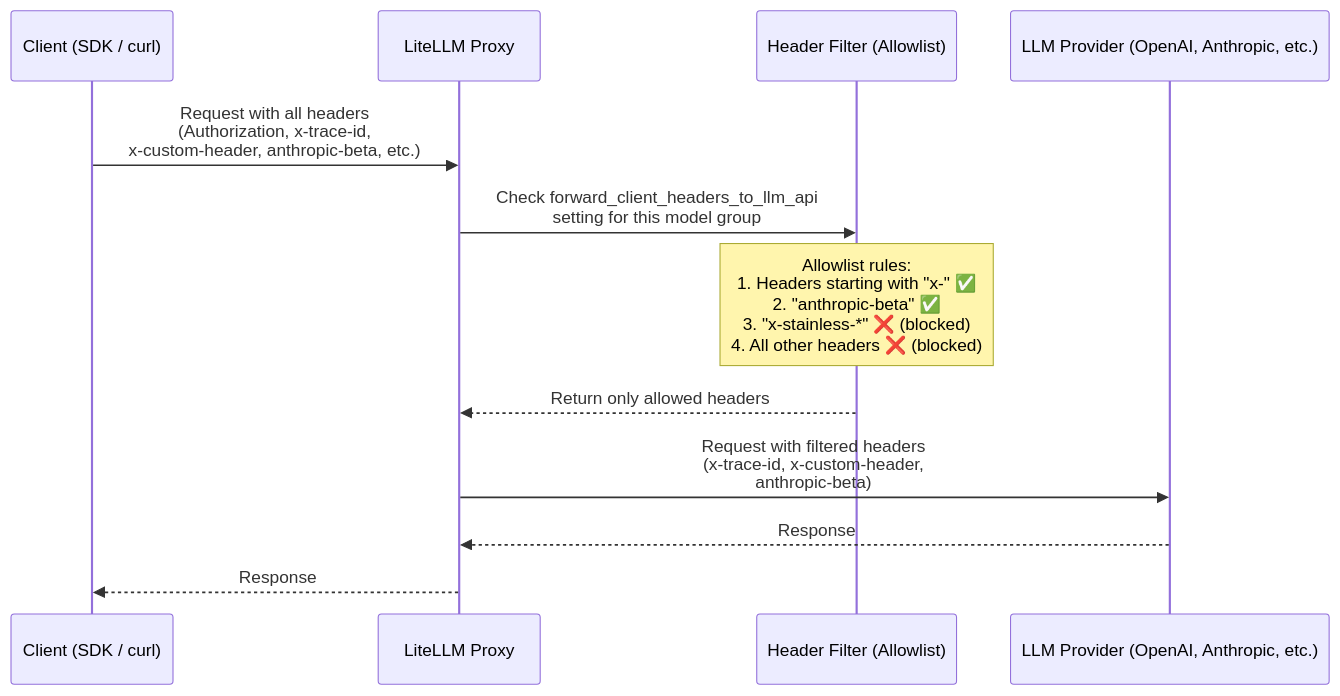
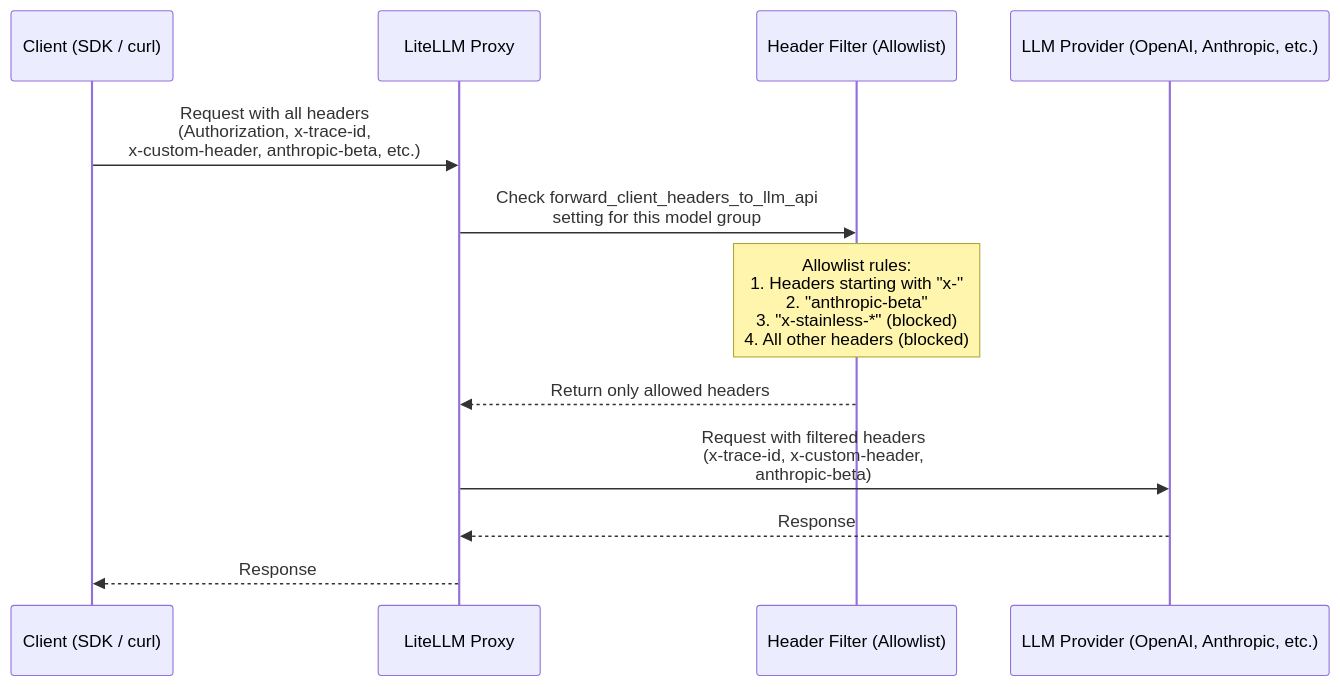
The diagram in docs/my-website/docs/proxy/forward_client_headers.md (BerriAI/litellm), drawn with Mermaid before and after one commit. The commit also changed other lines of this file, not shown here.

````diff
--- a/docs/my-website/docs/proxy/forward_client_headers.md
+++ b/docs/my-website/docs/proxy/forward_client_headers.md
@@ -13,20 +13,20 @@
 ```mermaid
 sequenceDiagram
     participant Client as Client (SDK / curl)
     participant Proxy as LiteLLM Proxy
     participant Filter as Header Filter (Allowlist)
     participant LLM as LLM Provider (OpenAI, Anthropic, etc.)
 
     Client->>Proxy: Request with all headers<br/>(Authorization, x-trace-id,<br/>x-custom-header, anthropic-beta, etc.)
     
     Proxy->>Filter: Check forward_client_headers_to_llm_api<br/>setting for this model group
 
-    Note over Filter: Allowlist rules:<br/>1. Headers starting with "x-" ✅<br/>2. "anthropic-beta" ✅<br/>3. "x-stainless-*" ❌ (blocked)<br/>4. All other headers ❌ (blocked)
+    Note over Filter: Allowlist rules:<br/>1. Headers starting with "x-" <br/>2. "anthropic-beta" <br/>3. "x-stainless-*"  (blocked)<br/>4. All other headers  (blocked)
 
     Filter-->>Proxy: Return only allowed headers
 
     Proxy->>LLM: Request with filtered headers<br/>(x-trace-id, x-custom-header,<br/>anthropic-beta)
     
     LLM-->>Proxy: Response
     Proxy-->>Client: Response
 ```
````
